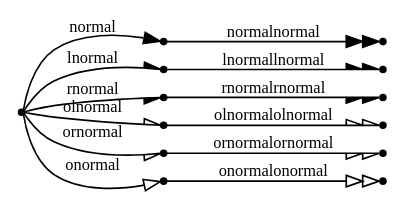
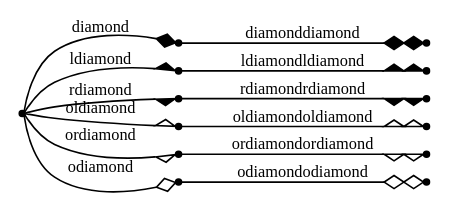
Before and after one commit to graphviz-perl/GraphViz2-Marpa-PathUtils: the diagram in out/clusters.out.08.004.gv, drawn with Graphviz. The commit also changed 40 other files, not shown here.

```diff
--- a/out/clusters.out.08.004.gv
+++ b/out/clusters.out.08.004.gv
@@ -1,19 +1,19 @@
 digraph G
 {
 	graph[rankdir = "LR" nodesep = "0"]
 	node[shape = "point" label = ""]
 	edge[fontsize = "10"]
-	_normal -> normal[arrowhead = "normal" label = "normal"]
-	normal -> normalnormal[arrowhead = "normalnormal" label = "normalnormal"]
-	_normal -> lnormal[arrowhead = "lnormal" label = "lnormal"]
-	lnormal -> lnormallnormal[arrowhead = "lnormallnormal" label = "lnormallnormal"]
-	_normal -> rnormal[arrowhead = "rnormal" label = "rnormal"]
-	rnormal -> rnormalrnormal[arrowhead = "rnormalrnormal" label = "rnormalrnormal"]
-	_normal -> olnormal[arrowhead = "olnormal" label = "olnormal"]
-	olnormal -> olnormalolnormal[arrowhead = "olnormalolnormal" label = "olnormalolnormal"]
-	_normal -> ornormal[arrowhead = "ornormal" label = "ornormal"]
-	ornormal -> ornormalornormal[arrowhead = "ornormalornormal" label = "ornormalornormal"]
-	_normal -> onormal[arrowhead = "onormal" label = "onormal"]
-	onormal -> onormalonormal[arrowhead = "onormalonormal" label = "onormalonormal"]
+	_diamond -> diamond[arrowhead = "diamond" label = "diamond"]
+	diamond -> diamonddiamond[arrowhead = "diamonddiamond" label = "diamonddiamond"]
+	_diamond -> ldiamond[arrowhead = "ldiamond" label = "ldiamond"]
+	ldiamond -> ldiamondldiamond[arrowhead = "ldiamondldiamond" label = "ldiamondldiamond"]
+	_diamond -> rdiamond[arrowhead = "rdiamond" label = "rdiamond"]
+	rdiamond -> rdiamondrdiamond[arrowhead = "rdiamondrdiamond" label = "rdiamondrdiamond"]
+	_diamond -> oldiamond[arrowhead = "oldiamond" label = "oldiamond"]
+	oldiamond -> oldiamondoldiamond[arrowhead = "oldiamondoldiamond" label = "oldiamondoldiamond"]
+	_diamond -> ordiamond[arrowhead = "ordiamond" label = "ordiamond"]
+	ordiamond -> ordiamondordiamond[arrowhead = "ordiamondordiamond" label = "ordiamondordiamond"]
+	_diamond -> odiamond[arrowhead = "odiamond" label = "odiamond"]
+	odiamond -> odiamondodiamond[arrowhead = "odiamondodiamond" label = "odiamondodiamond"]
 
 }
```
